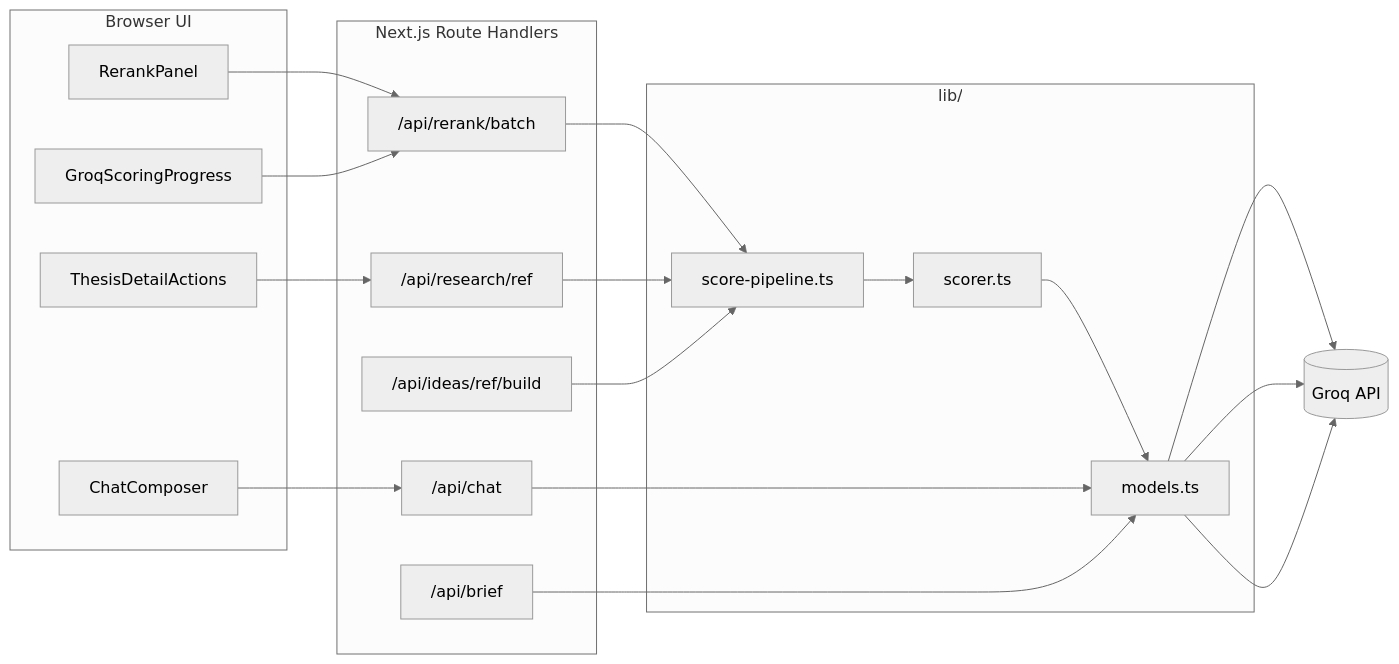
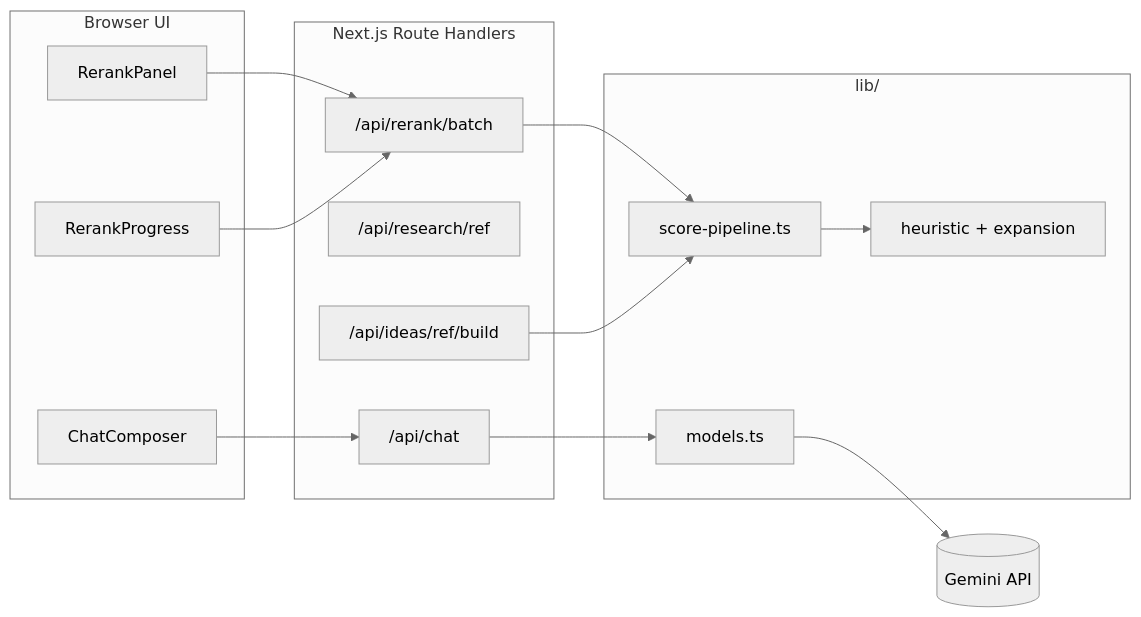
The second of 31 diagrams in README.md (Manoj7ar/Hatch105-Project), drawn with Mermaid (neutral theme) before and after one commit. The commit also changed other lines of this file and 47 other files, not shown here.

First line of the commit message:
Use deterministic scoring for ranking; reserve Gemini for chat only.

````diff
--- a/README.md
+++ b/README.md
@@ -102,35 +98,30 @@
 ```mermaid
 flowchart LR
   subgraph UI["Browser UI"]
     RP[RerankPanel]
-    GSP[GroqScoringProgress]
-    TDA[ThesisDetailActions]
+    RProg[RerankProgress]
     Chat[ChatComposer]
   end
 
   subgraph API["Next.js Route Handlers"]
     Batch["/api/rerank/batch"]
     Research["/api/research/ref"]
     ChatAPI["/api/chat"]
-    Brief["/api/brief"]
     Build["/api/ideas/ref/build"]
   end
 
   subgraph Lib["lib/"]
     SP[score-pipeline.ts]
-    Scorer[scorer.ts]
+    HEU[heuristic + expansion]
     Models[models.ts]
   end
 
-  Groq[(Groq API)]
+  GeminiAPI[(Gemini API)]
 
   RP --> Batch
-  GSP --> Batch
-  TDA --> Research
+  RProg --> Batch
   Chat --> ChatAPI
-  Batch --> SP --> Scorer --> Models --> Groq
-  Research --> SP
+  Batch --> SP --> HEU
   Build --> SP
-  ChatAPI --> Models --> Groq
-  Brief --> Models --> Groq
+  ChatAPI --> Models --> GeminiAPI
 ```
````
